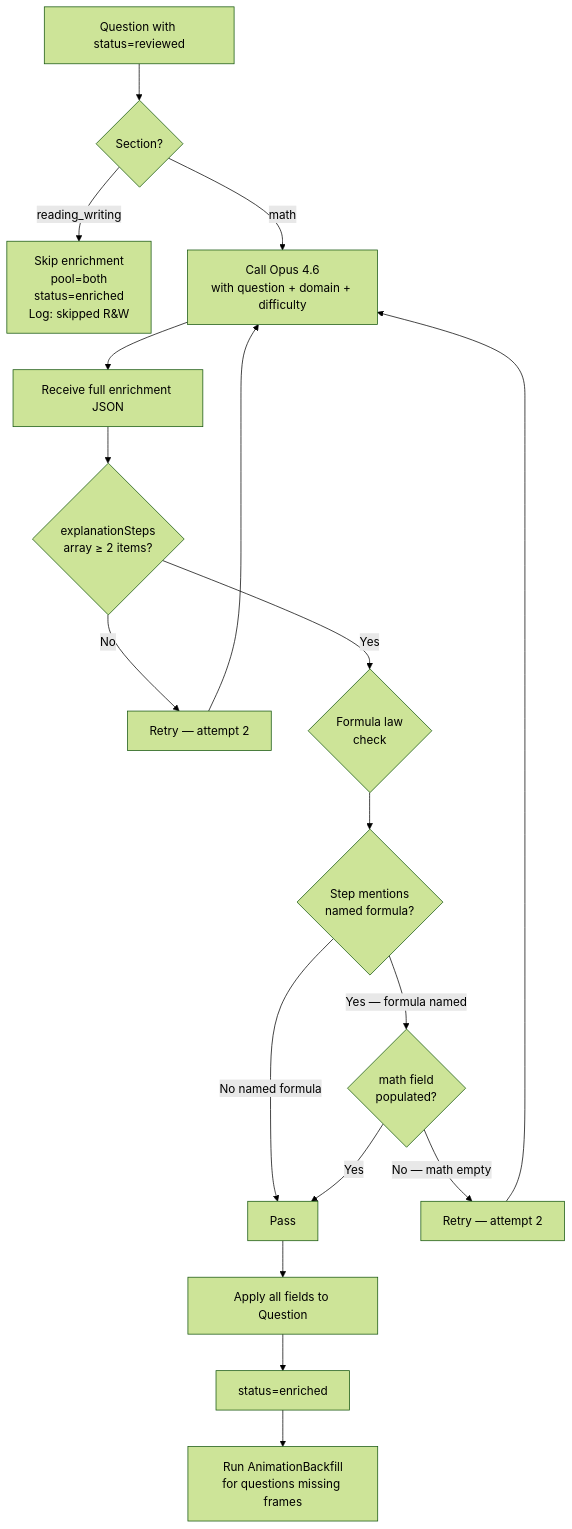
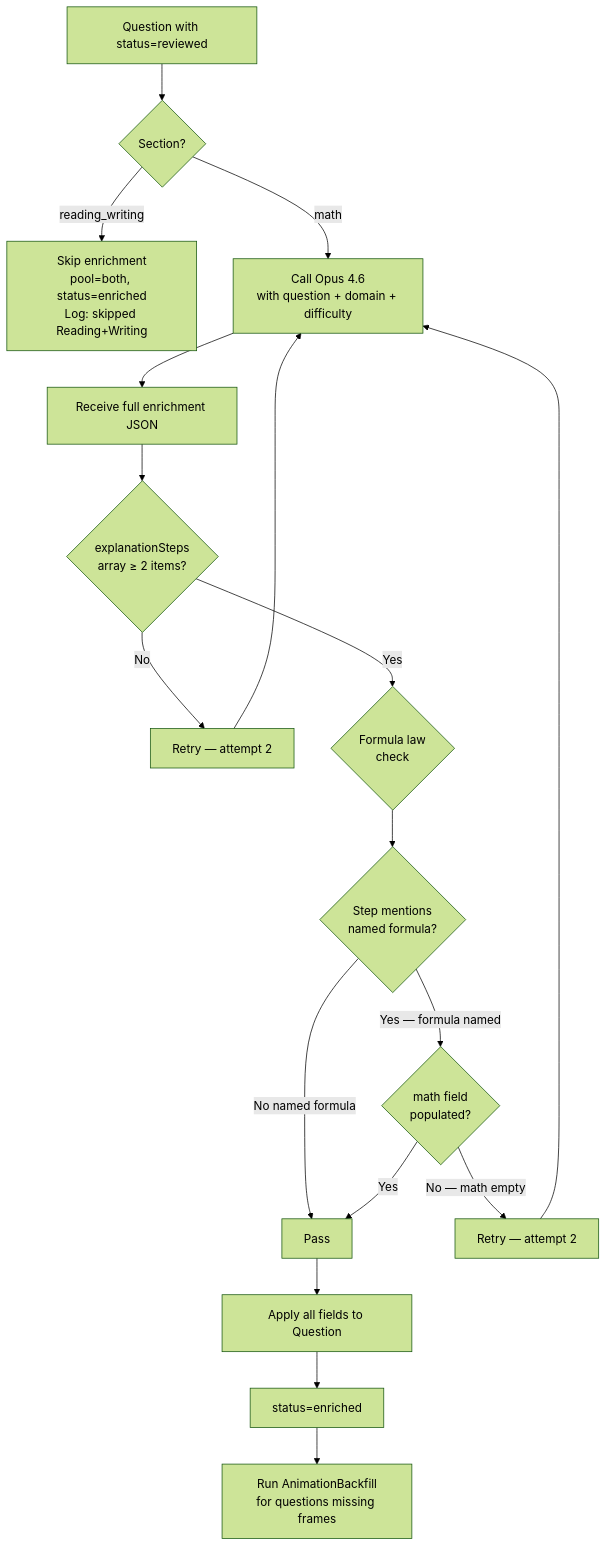
One commit to gopalvramana/sat-engine changed the sixth of 12 diagrams in docs/18-pipeline-architecture.md. Above: the diagram before and after it, drawn with Mermaid (forest theme). The commit also changed other lines of this file, not shown here.

First line of the commit message:
fix(docs): fix Mermaid rendering in 18-pipeline-architecture.md

````diff
--- a/docs/18-pipeline-architecture.md
+++ b/docs/18-pipeline-architecture.md
@@ -230,24 +230,24 @@
 ```mermaid
 flowchart TD
     A[Question with status=reviewed] --> B{Section?}
 
-    B -->|reading_writing| C[Skip enrichment\npool=both\nstatus=enriched\nLog: skipped R&W]
+    B -->|reading_writing| C["Skip enrichment\npool=both, status=enriched\nLog: skipped Reading+Writing"]
 
     B -->|math| D[Call Opus 4.6\nwith question + domain + difficulty]
     D --> E[Receive full enrichment JSON]
     E --> F{explanationSteps\narray ≥ 2 items?}
     F -->|No| G[Retry — attempt 2]
     G --> D
     F -->|Yes| H{Formula law\ncheck}
 
     H --> I{Step mentions\nnamed formula?}
     I -->|No named formula| J[Pass]
     I -->|Yes — formula named| K{math field\npopulated?}
     K -->|Yes| J
     K -->|No — math empty| L[Retry — attempt 2]
     L --> D
 
     J --> M[Apply all fields to Question]
     M --> N[status=enriched]
     N --> O[Run AnimationBackfill\nfor questions missing frames]
 ```
````
